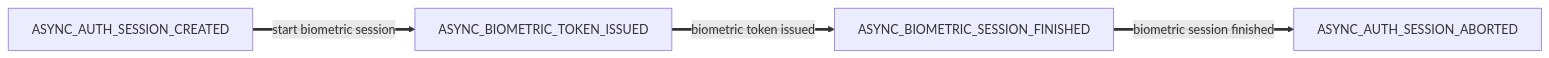
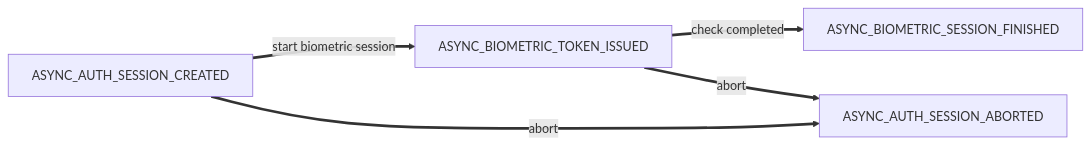
The diagram in backend-api/docs/sessionStateMachine.md (govuk-one-login/mobile-id-check-async), drawn with Mermaid before and after one commit. The commit also changed 4 other files, not shown here.

````diff
--- a/backend-api/docs/sessionStateMachine.md
+++ b/backend-api/docs/sessionStateMachine.md
@@ -5,4 +5,8 @@
 ```mermaid
 flowchart LR
-    ASYNC_AUTH_SESSION_CREATED == start biometric session ==> ASYNC_BIOMETRIC_TOKEN_ISSUED == biometric token issued ==> ASYNC_BIOMETRIC_SESSION_FINISHED == biometric session finished ==> ASYNC_AUTH_SESSION_ABORTED
+    ASYNC_AUTH_SESSION_CREATED == start biometric session ==> ASYNC_BIOMETRIC_TOKEN_ISSUED
+    ASYNC_AUTH_SESSION_CREATED == abort ==> ASYNC_AUTH_SESSION_ABORTED
+    
+    ASYNC_BIOMETRIC_TOKEN_ISSUED == check completed ==> ASYNC_BIOMETRIC_SESSION_FINISHED 
+    ASYNC_BIOMETRIC_TOKEN_ISSUED == abort ==> ASYNC_AUTH_SESSION_ABORTED
 ```
````
